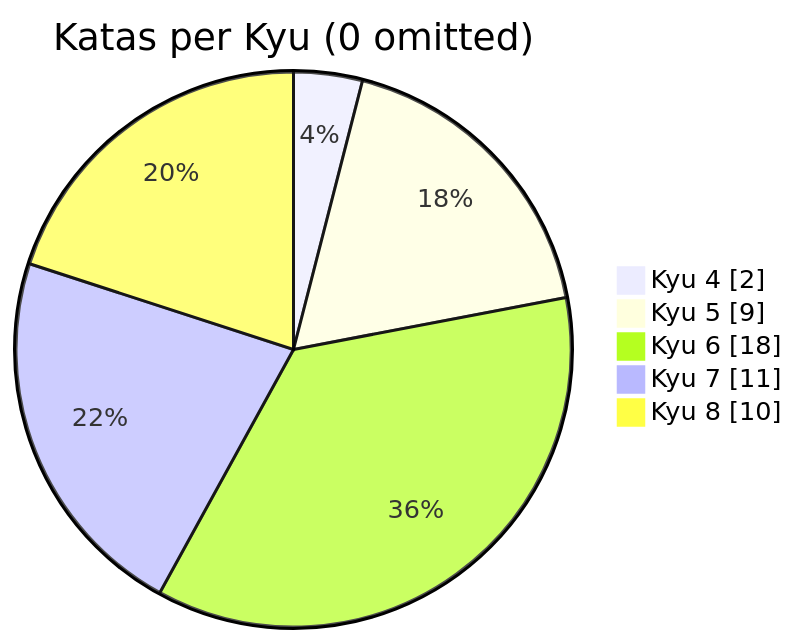
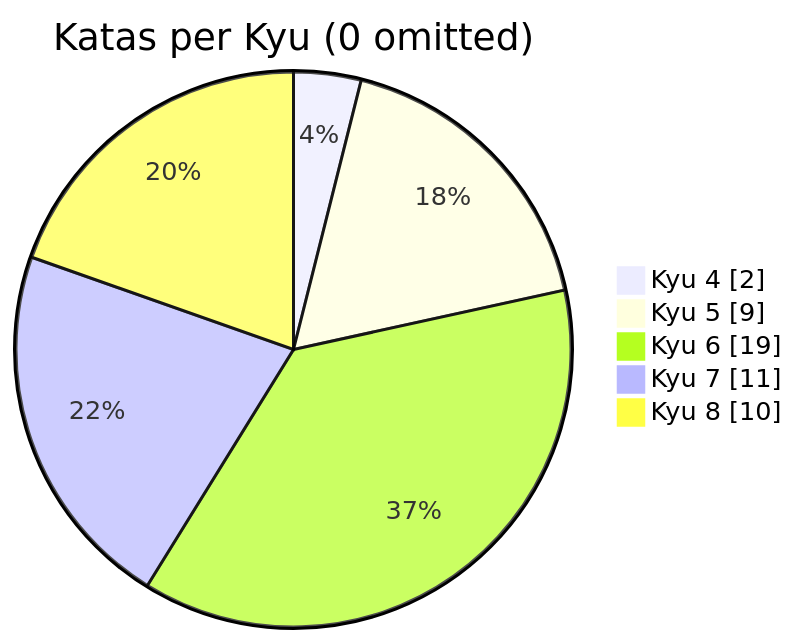
One commit to MauricioLudwig/codewars-typescript changed the diagram in README.md. Above: the diagram before and after it, drawn with Mermaid. The commit also changed other lines of this file, not shown here.

````diff
--- a/README.md
+++ b/README.md
@@ -19,9 +19,9 @@
 ```mermaid
 pie showData
     title Katas per Kyu (0 omitted)
 	"Kyu 4": 2
 	"Kyu 5": 9
-	"Kyu 6": 18
+	"Kyu 6": 19
 	"Kyu 7": 11
 	"Kyu 8": 10
 ```
````
